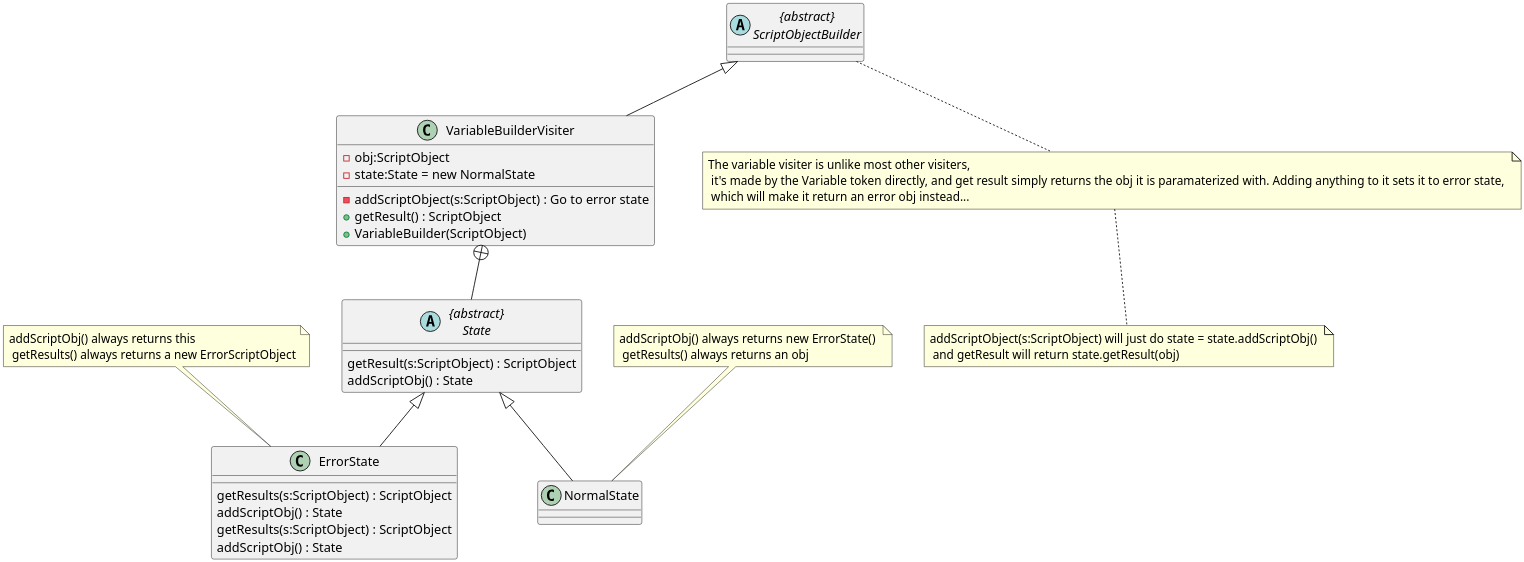
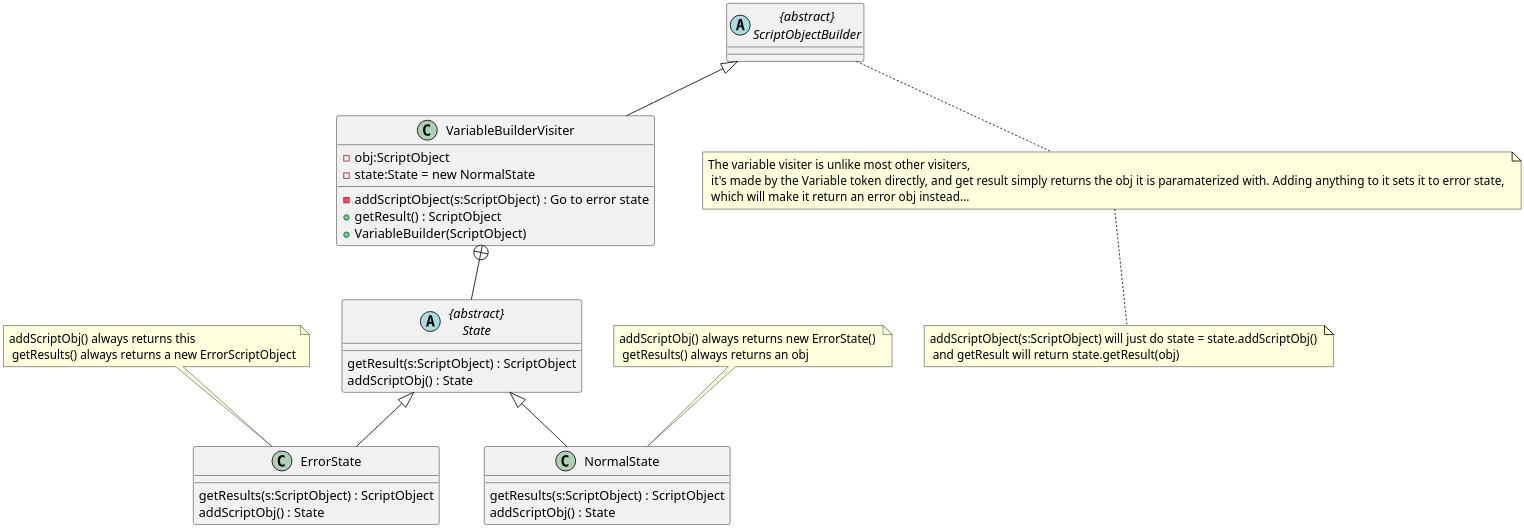
Before and after one commit to MatthewBregg/DesignPatternsRepo: the fourth of 5 diagrams in ScriptEvaluatorUML.org, drawn with PlantUML. The commit also changed other lines of this file and 3 other files, not shown here.

```diff
--- a/ScriptEvaluatorUML.org
+++ b/ScriptEvaluatorUML.org
@@ -806,39 +814,39 @@
   #+BEGIN_SRC plantuml :file Variablebuilder.png
 skinparam dpi 300
 class VariableBuilderVisiter
 
 abstract class ScriptObjectBuilder as "{abstract}\nScriptObjectBuilder"
 
 ScriptObjectBuilder <|-- VariableBuilderVisiter
 
 VariableBuilderVisiter : -addScriptObject(s:ScriptObject) : Go to error state
 VariableBuilderVisiter : +getResult() : ScriptObject 
 VariableBuilderVisiter : -obj:ScriptObject
 VariableBuilderVisiter : -state:State = new NormalState
 VariableBuilderVisiter : +VariableBuilder(ScriptObject)
 
 note bottom : The variable visiter is unlike most other visiters,\n it's made by the Variable token directly, and get result simply returns the obj it is paramaterized with. Adding anything to it sets it to error state, \n which will make it return an error obj instead...
 note bottom : addScriptObject(s:ScriptObject) will just do state = state.addScriptObj() \n and getResult will return state.getResult(obj)
 
 abstract class State as "{abstract}\nState"
 State : getResult(s:ScriptObject) : ScriptObject
 State : addScriptObj() : State
 
 VariableBuilderVisiter +-- State
 
 class ErrorState 
 ErrorState : getResults(s:ScriptObject) : ScriptObject
 ErrorState : addScriptObj() : State 
 
 note top : addScriptObj() always returns this \n getResults() always returns a new ErrorScriptObject
 
 class NormalState 
-ErrorState : getResults(s:ScriptObject) : ScriptObject
-ErrorState : addScriptObj() : State 
+NormalState : getResults(s:ScriptObject) : ScriptObject
+NormalState : addScriptObj() : State 
 
 State <|-- ErrorState
 State <|-- NormalState
 
 note top : addScriptObj() always returns new ErrorState() \n getResults() always returns an obj
 
   #+END_SRC
```
